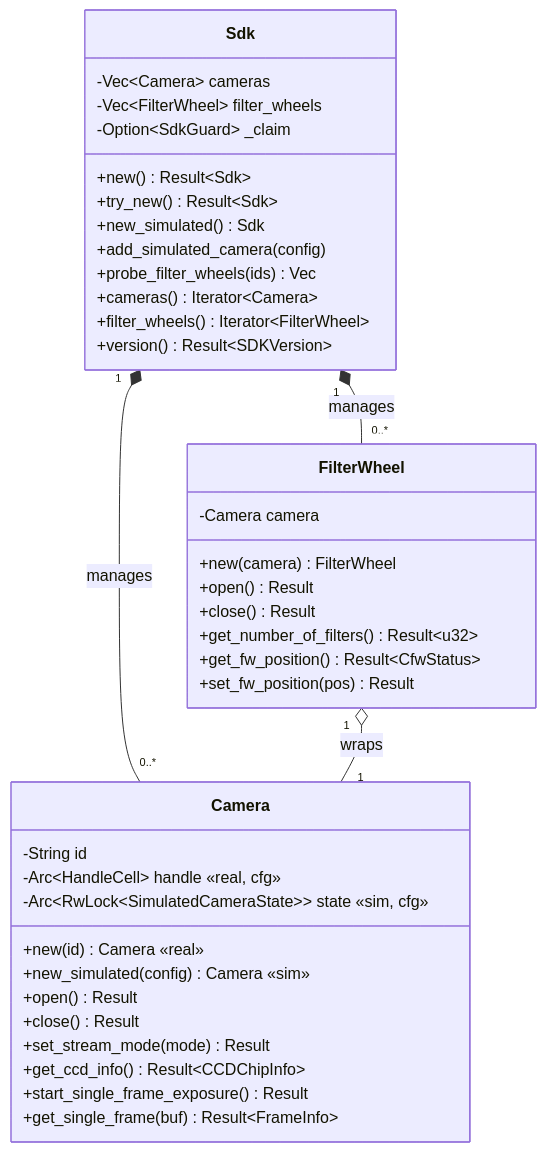
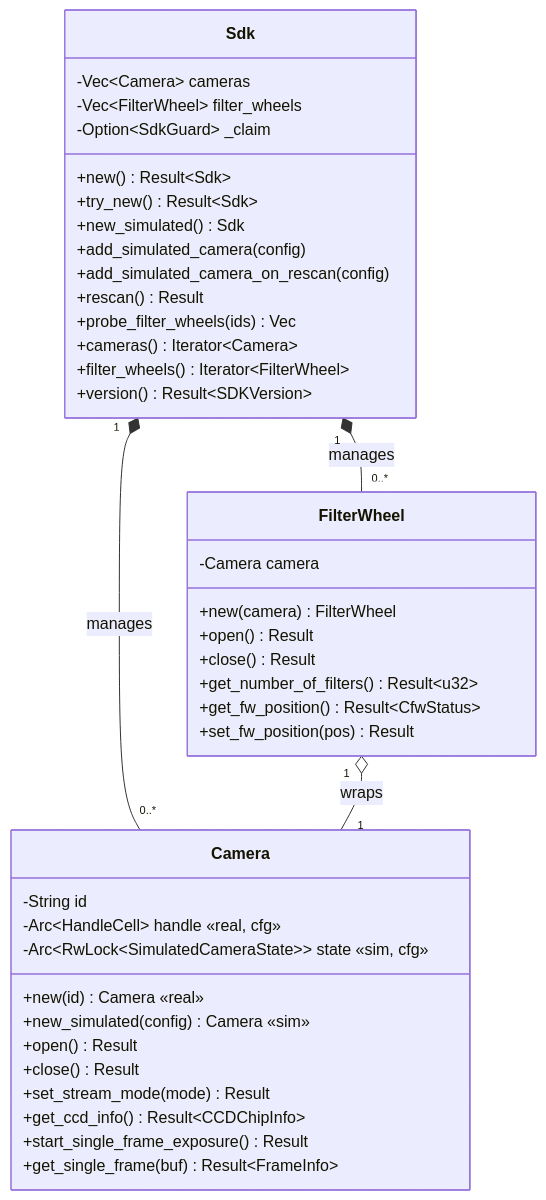
Before and after one commit to rusty-photon/rusty-photon: the third of 19 diagrams in crates/qhyccd-rs/docs/qhyccd-rs.md, drawn with Mermaid. The commit also changed other lines of this file and 7 other files, not shown here.

````diff
--- a/crates/qhyccd-rs/docs/qhyccd-rs.md
+++ b/crates/qhyccd-rs/docs/qhyccd-rs.md
@@ -94,44 +94,46 @@
 ```mermaid
 classDiagram
     class Sdk {
         -Vec~Camera~ cameras
         -Vec~FilterWheel~ filter_wheels
         -Option~SdkGuard~ _claim
         +new() Result~Sdk~
         +try_new() Result~Sdk~
         +new_simulated() Sdk
         +add_simulated_camera(config)
+        +add_simulated_camera_on_rescan(config)
+        +rescan() Result
         +probe_filter_wheels(ids) Vec
         +cameras() Iterator~Camera~
         +filter_wheels() Iterator~FilterWheel~
         +version() Result~SDKVersion~
     }
 
     class Camera {
         -String id
         -Arc~HandleCell~ handle «real, cfg»
         -Arc~RwLock~SimulatedCameraState~~ state «sim, cfg»
         +new(id) Camera «real»
         +new_simulated(config) Camera «sim»
         +open() Result
         +close() Result
         +set_stream_mode(mode) Result
         +get_ccd_info() Result~CCDChipInfo~
         +start_single_frame_exposure() Result
         +get_single_frame(buf) Result~FrameInfo~
     }
 
     class FilterWheel {
         -Camera camera
         +new(camera) FilterWheel
         +open() Result
         +close() Result
         +get_number_of_filters() Result~u32~
         +get_fw_position() Result~CfwStatus~
         +set_fw_position(pos) Result
     }
 
     Sdk "1" *-- "0..*" Camera : manages
     Sdk "1" *-- "0..*" FilterWheel : manages
     FilterWheel "1" o-- "1" Camera : wraps
 ```
````
